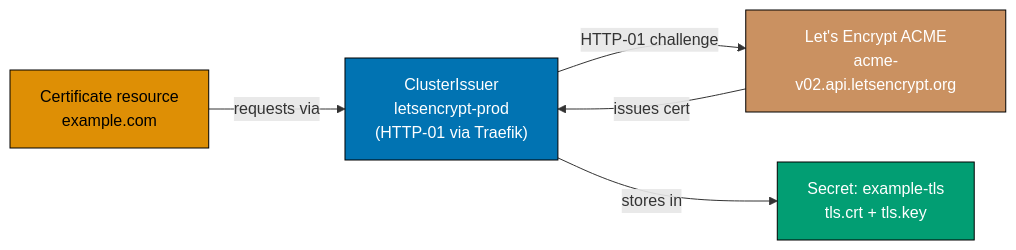
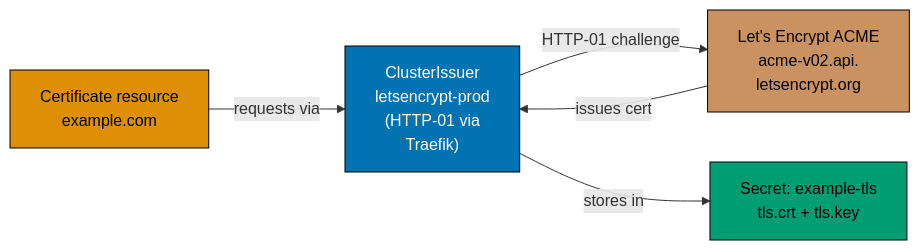
One commit to wahidyankf/ose-public changed the fourth of 9 diagrams in apps/ayokoding-www/content/en/learn/legacy/software-engineering/infrastructure/tools/k3s/by-example/intermediate.md. Above: the diagram before and after it, drawn with Mermaid. The commit also changed other lines of this file and 131 other files, not shown here.

First line of the commit message:
fix(mermaid): bring the legacy data, infrastructure, and testing diagrams onto the accessible palette

````diff
--- a/apps/ayokoding-www/content/en/learn/legacy/software-engineering/infrastructure/tools/k3s/by-example/intermediate.md
+++ b/apps/ayokoding-www/content/en/learn/legacy/software-engineering/infrastructure/tools/k3s/by-example/intermediate.md
@@ -603,18 +620,25 @@
 ```mermaid
 %% Color Palette: Blue #0173B2, Orange #DE8F05, Teal #029E73, Purple #CC78BC, Brown #CA9161
 graph LR
+    accTitle: Example 38: ClusterIssuer and Certificate with cert-manager
+    accDescr: Graph with 4 nodes and 4 connections. Nodes: Certificate resource example.com, ClusterIssuer letsencrypt-prod (HTTP-01 via Traefik), Lets Encrypt ACME acme-v02.api. letsencrypt.org, Secret: example-tls tls.crt + tls.key. Connections: Certificate resource example.com to ClusterIssuer letsencrypt-prod (HTTP-01 via Traefik) (requests via), ClusterIssuer letsencrypt-prod (HTTP-01 via Traefik) to Lets Encrypt ACME acme-v02.api. letsencrypt.org (HTTP-01 challenge), Lets Encrypt ACME acme-v02.api. letsencrypt.org to ClusterIssuer letsencrypt-prod (HTTP-01 via Traefik) (issues cert), ClusterIssuer letsencrypt-prod (HTTP-01 via Traefik) to Secret: example-tls tls.crt + tls.key (stores in).
     CERT["Certificate resource<br/>example.com"]
-    CI["ClusterIssuer<br/>letsencrypt-prod<br/>(HTTP-01 via Traefik)"]
-    LE["Let's Encrypt ACME<br/>acme-v02.api.letsencrypt.org"]
+    CI["ClusterIssuer<br/>letsencrypt-prod<br/>(HTTP-01 via<br/>Traefik)"]
+    LE["Let's Encrypt ACME<br/>acme-v02.api.<br/>letsencrypt.org"]
     SEC["Secret: example-tls<br/>tls.crt + tls.key"]
 
     CERT -->|"requests via"| CI
     CI -->|"HTTP-01 challenge"| LE
     LE -->|"issues cert"| CI
     CI -->|"stores in"| SEC
 
-    style CERT fill:#DE8F05,stroke:#000,color:#000
-    style CI fill:#0173B2,stroke:#000,color:#fff
-    style LE fill:#CA9161,stroke:#000,color:#fff
-    style SEC fill:#029E73,stroke:#000,color:#fff
+    classDef pal-DE8F05 fill:#DE8F05,stroke:#000000,color:#000000
+    class CERT pal-DE8F05
+    classDef pal-0173B2 fill:#0173B2,stroke:#000000,color:#FFFFFF
+    class CI pal-0173B2
+    classDef pal-CA9161 fill:#CA9161,stroke:#000000,color:#000000
+    class LE pal-CA9161
+    classDef pal-029E73 fill:#029E73,stroke:#000000,color:#000000
+    class SEC pal-029E73
+    classDef default fill:#FFFFFF,stroke:#000000,color:#000000
 ```
````
